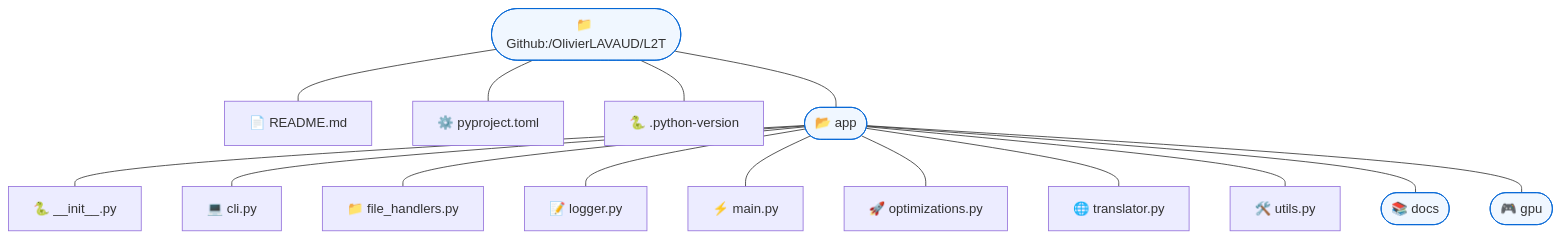
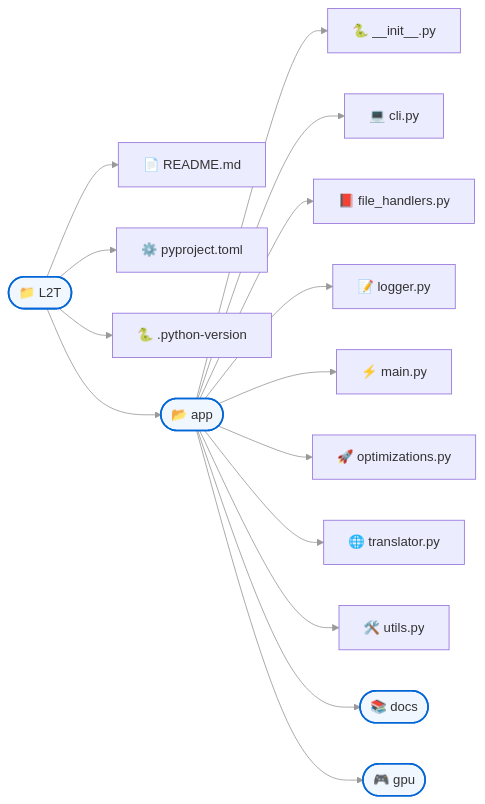
One commit to OlivierLAVAUD/L2T changed the first of 2 diagrams in README.md. Above: the diagram before and after it, drawn with Mermaid.

````diff
--- a/README.md
+++ b/README.md
@@ -18,25 +18,35 @@
 ```mermaid
-flowchart TD
-    direction TB
+flowchart LR
+    %% Direction FLux
+    direction LR
 
-    root(["📁 Github:/OlivierLAVAUD/L2T"]):::folder
-    root --- F1["📄 README.md"]
-    root --- F2["⚙️ pyproject.toml"]
-    root --- F3["🐍 .python-version"]
-    
-    root --- app(["📂 app"]):::folder
-    app --- A1["🐍 __init__.py"]
-    app --- A2["💻 cli.py"]
-    app --- A3["📁 file_handlers.py"]
-    app--- A4["📝 logger.py"]
-    app --- A5["⚡ main.py"]
-    app --- A6["🚀 optimizations.py"]
-    app --- A7["🌐 translator.py"]
-    app --- A8["🛠️ utils.py"]
-    
-    app --- docs(["📚 docs"]):::folder
-    app --- gpu(["🎮 gpu"]):::folder
+    %% Styles
+    classDef folder fill:#f0f7ff,stroke:#0366d6,stroke-width:2px
+    classDef file fill:#fff,stroke:#333,stroke-width:1.5px
 
-    classDef folder fill:#f0f7ff,stroke:#0366d6
-    class root,app,docs,gpu folder
+    %% Structure racine
+    root(["📁 L2T"]):::folder
+
+    %% Fichiers racine
+    root --> F1["📄 README.md"]
+    root --> F2["⚙️ pyproject.toml"]
+    root --> F3["🐍 .python-version"]
+
+    %% Dossier app et son contenu
+    root --> app(["📂 app"]):::folder
+    app --> A1["🐍 __init__.py"]
+    app --> A2["💻 cli.py"]
+    app --> A3["📕 file_handlers.py"]
+    app --> A4["📝 logger.py"]
+    app --> A5["⚡ main.py"]
+    app --> A6["🚀 optimizations.py"]
+    app --> A7["🌐 translator.py"]
+    app --> A8["🛠️ utils.py"]
+
+    %% Sous-dossiers
+    app --> docs(["📚 docs"]):::folder
+    app --> gpu(["🎮 gpu"]):::folder
+
+    %% Style des liens
+    linkStyle default stroke:#999,stroke-width:1px
 ```
````
